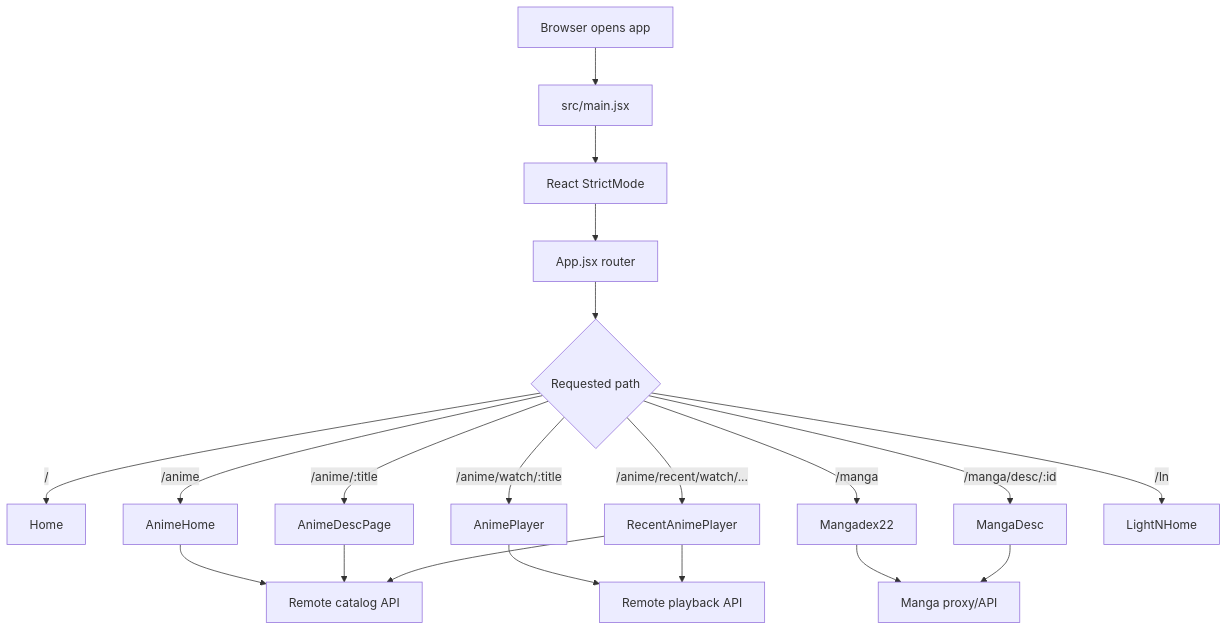
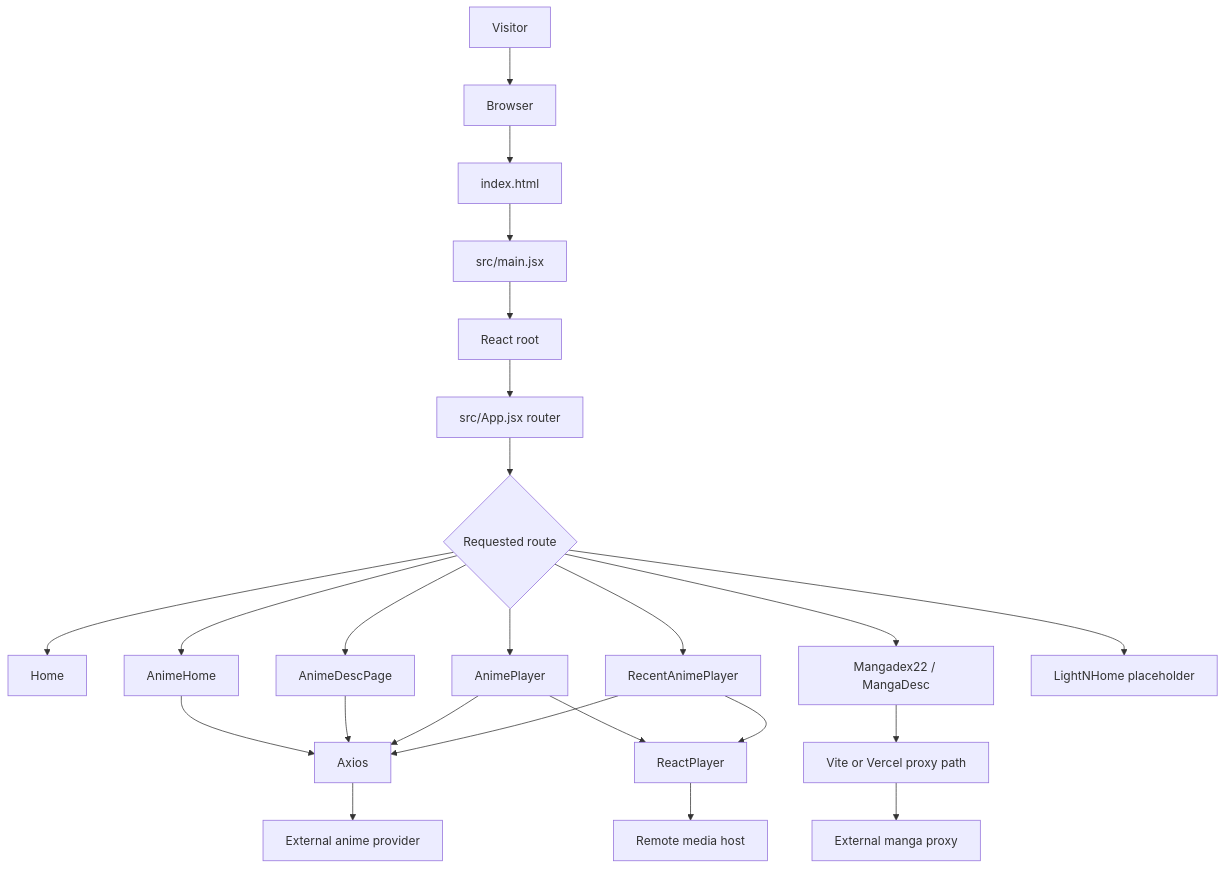
Before and after one commit to Brajesh31/Anime_website: the diagram in README.md, drawn with Mermaid. The commit also changed other lines of this file and 42 other files, not shown here.

Commit message:
docs: comprehensively expand project documentation and diagrams

````diff
--- a/README.md
+++ b/README.md
@@ -184,22 +113,26 @@
 ```mermaid
 flowchart TD
-    A[Browser opens app] --> B[src/main.jsx]
-    B --> C[React StrictMode]
-    C --> D[App.jsx router]
-    D --> E{Requested path}
-    E -->|/| F[Home]
-    E -->|/anime| G[AnimeHome]
-    E -->|/anime/:title| H[AnimeDescPage]
-    E -->|/anime/watch/:title| I[AnimePlayer]
-    E -->|/anime/recent/watch/...| J[RecentAnimePlayer]
-    E -->|/manga| K[Mangadex22]
-    E -->|/manga/desc/:id| L[MangaDesc]
-    E -->|/ln| M[LightNHome]
-    G --> N[Remote catalog API]
-    H --> N
-    I --> O[Remote playback API]
-    J --> N
-    J --> O
-    K --> P[Manga proxy/API]
-    L --> P
+    U[Visitor] --> B[Browser]
+    B --> H[index.html]
+    H --> E[src/main.jsx]
+    E --> R[React root]
+    R --> RT[src/App.jsx router]
+    RT --> P{Requested route}
+    P --> HOME[Home]
+    P --> AN[AnimeHome]
+    P --> AD[AnimeDescPage]
+    P --> AP[AnimePlayer]
+    P --> RP[RecentAnimePlayer]
+    P --> MG[Mangadex22 / MangaDesc]
+    P --> LN[LightNHome placeholder]
+    AN --> AX[Axios]
+    AD --> AX
+    AP --> AX
+    RP --> AX
+    MG --> PX[Vite or Vercel proxy path]
+    AX --> EXT[External anime provider]
+    PX --> MEXT[External manga proxy]
+    AP --> PLAYER[ReactPlayer]
+    RP --> PLAYER
+    PLAYER --> MEDIA[Remote media host]
 ```
````
